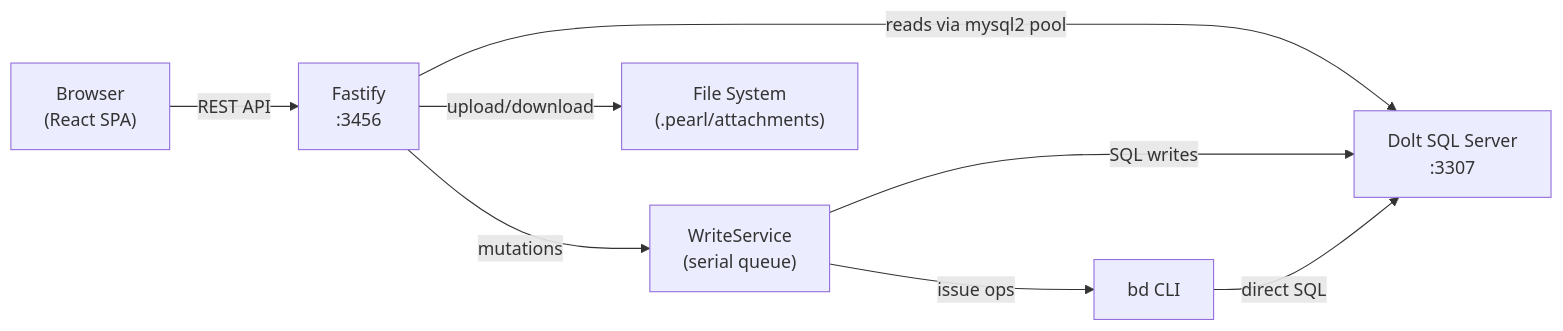
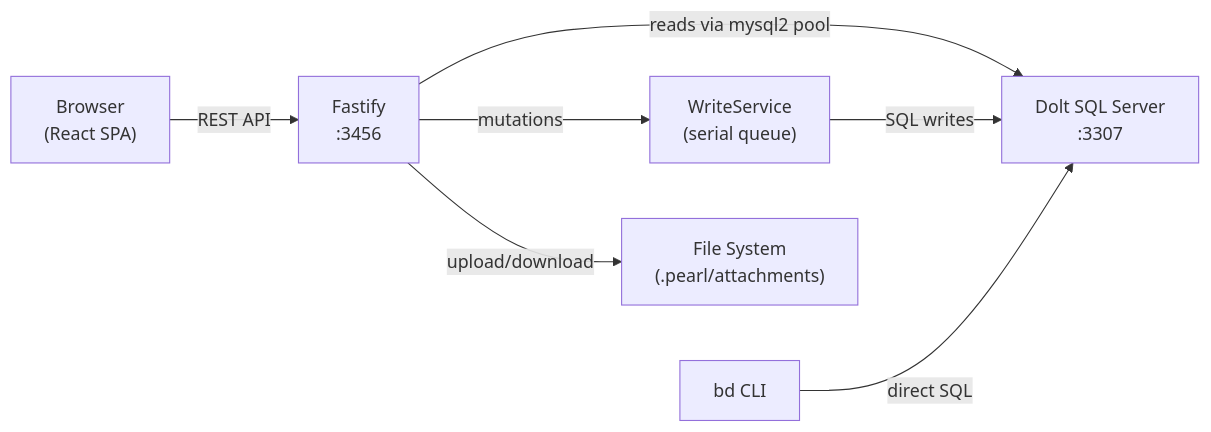
The second of 2 diagrams in docs/architecture.md (htxryan/pearl), drawn with Mermaid before and after one commit. The commit also changed other lines of this file, not shown here.

First line of the commit message:
fix(docs): remove stale WS→BD arrow from architecture diagram

````diff
--- a/docs/architecture.md
+++ b/docs/architecture.md
@@ -22,17 +22,16 @@
 ```mermaid
 graph LR
     Browser["Browser<br/>(React SPA)"]
     Fastify["Fastify<br/>:3456"]
     WS["WriteService<br/>(serial queue)"]
     Dolt["Dolt SQL Server<br/>:3307"]
     BD["bd CLI"]
     FS["File System<br/>(.pearl/attachments)"]
 
     Browser -->|REST API| Fastify
     Fastify -->|reads via mysql2 pool| Dolt
     Fastify -->|mutations| WS
     WS -->|SQL writes| Dolt
-    WS -->|issue ops| BD
     Fastify -->|upload/download| FS
     BD -->|direct SQL| Dolt
 ```
````
